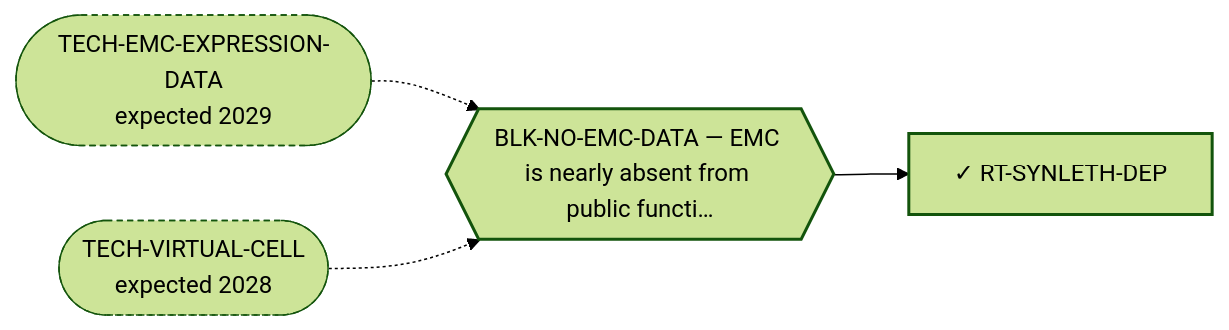
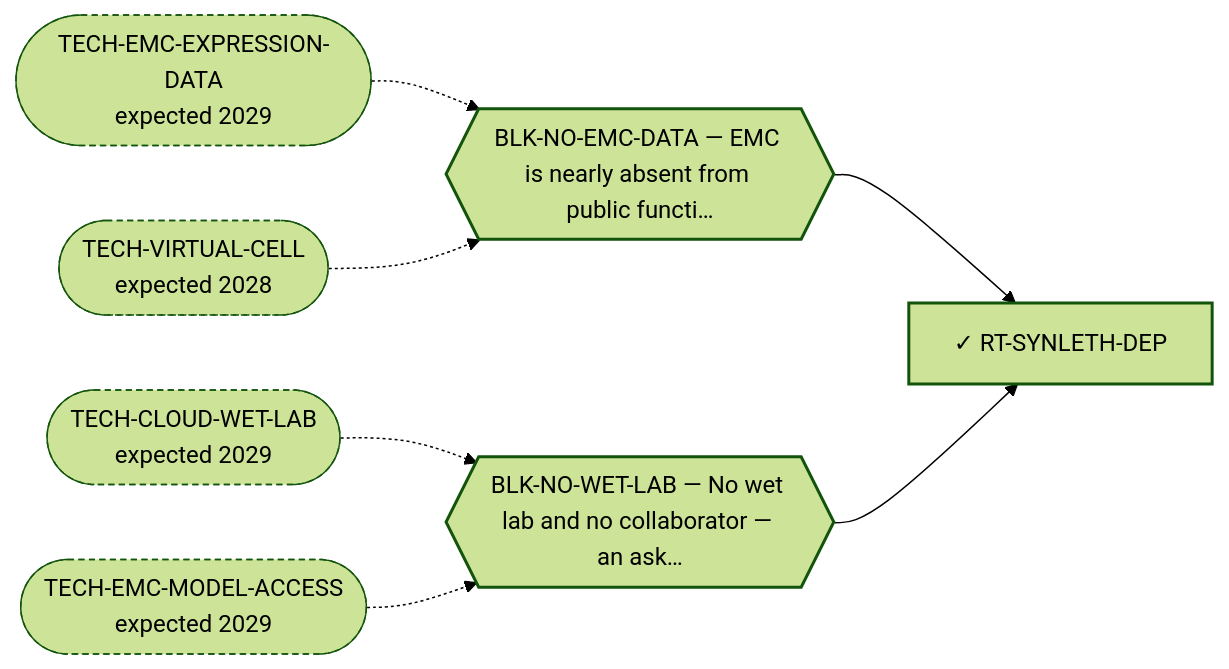
Before and after one commit to trimcrae/Rare-cancers: the diagram in systems/views/L2-rt-synleth-dep.md, drawn with Mermaid (forest theme). The commit also changed other lines of this file and 42 other files, not shown here.

````diff
--- a/systems/views/L2-rt-synleth-dep.md
+++ b/systems/views/L2-rt-synleth-dep.md
@@ -27,14 +27,20 @@
 ```mermaid
 flowchart LR
   RT_SYNLETH_DEP["✓ RT-SYNLETH-DEP"]:::fam
   BLK_NO_EMC_DATA{{"BLK-NO-EMC-DATA — EMC is nearly absent from public functi…"}}:::blk
   BLK_NO_EMC_DATA --> RT_SYNLETH_DEP
   TECH_EMC_EXPRESSION_DATA(["TECH-EMC-EXPRESSION-DATA<br/>expected 2029"]):::tech
   TECH_EMC_EXPRESSION_DATA -.-> BLK_NO_EMC_DATA
   TECH_VIRTUAL_CELL(["TECH-VIRTUAL-CELL<br/>expected 2028"]):::tech
   TECH_VIRTUAL_CELL -.-> BLK_NO_EMC_DATA
+  BLK_NO_WET_LAB{{"BLK-NO-WET-LAB — No wet lab and no collaborator — an ask…"}}:::blk
+  BLK_NO_WET_LAB --> RT_SYNLETH_DEP
+  TECH_CLOUD_WET_LAB(["TECH-CLOUD-WET-LAB<br/>expected 2029"]):::tech
+  TECH_CLOUD_WET_LAB -.-> BLK_NO_WET_LAB
+  TECH_EMC_MODEL_ACCESS(["TECH-EMC-MODEL-ACCESS<br/>expected 2029"]):::tech
+  TECH_EMC_MODEL_ACCESS -.-> BLK_NO_WET_LAB
   classDef fam stroke-width:2px;
   classDef blk stroke-width:2px;
   classDef perm stroke-width:4px;
   classDef tech stroke-width:1px,stroke-dasharray:4 3;
 ```
````
